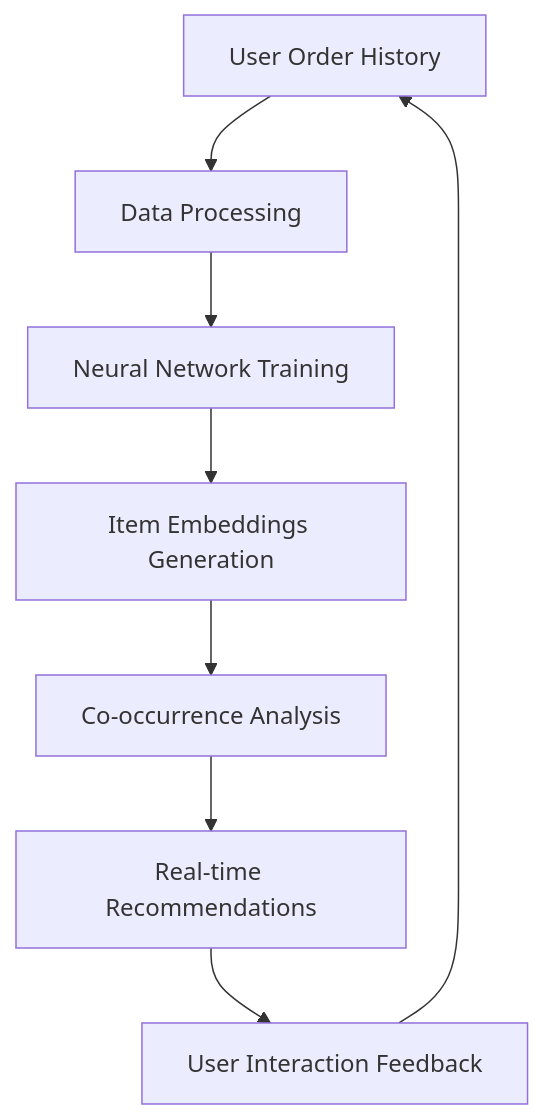
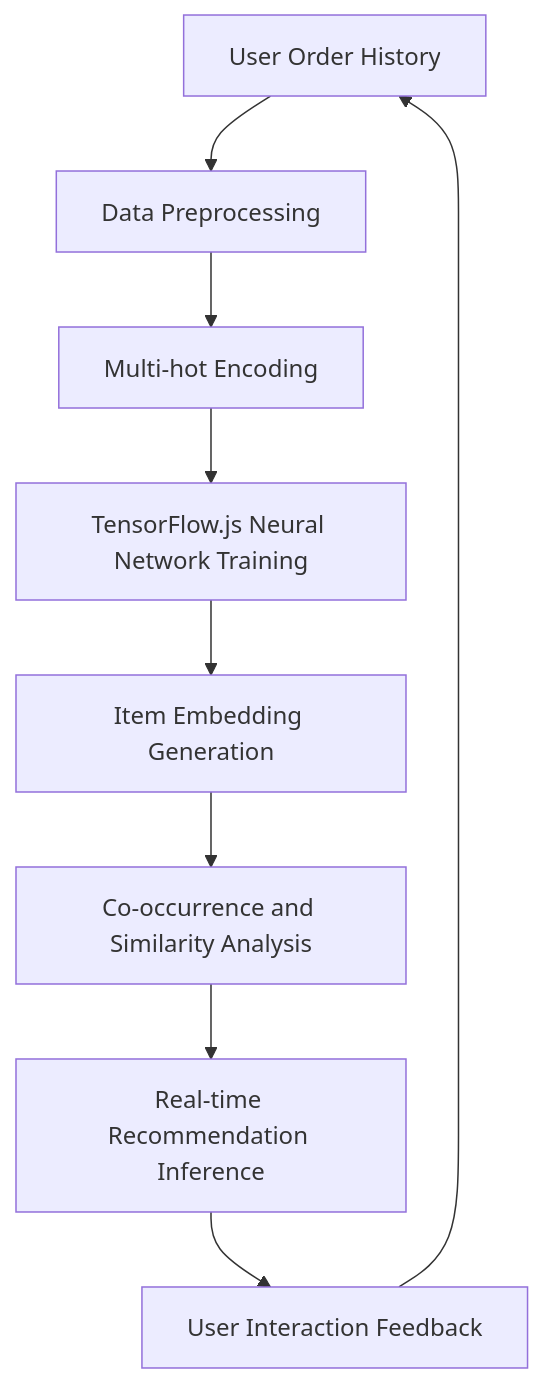
Before and after one commit to Atharvkote/ai-based-contactless-ordering: the third of 4 diagrams in README.md, drawn with Mermaid. The commit also changed other lines of this file, not shown here.

````diff
--- a/README.md
+++ b/README.md
@@ -119,10 +69,11 @@
 ```mermaid
 graph TD
-    A[User Order History] --> B[Data Processing]
-    B --> C[Neural Network Training]
-    C --> D[Item Embeddings Generation]
-    D --> E[Co-occurrence Analysis]
-    E --> F[Real-time Recommendations]
-    F --> G[User Interaction Feedback]
-    G --> A
+    A[User Order History] --> B[Data Preprocessing]
+    B --> C[Multi-hot Encoding]
+    C --> D[TensorFlow.js Neural Network Training]
+    D --> E[Item Embedding Generation]
+    E --> F[Co-occurrence and Similarity Analysis]
+    F --> G[Real-time Recommendation Inference]
+    G --> H[User Interaction Feedback]
+    H --> A
 ```
````
